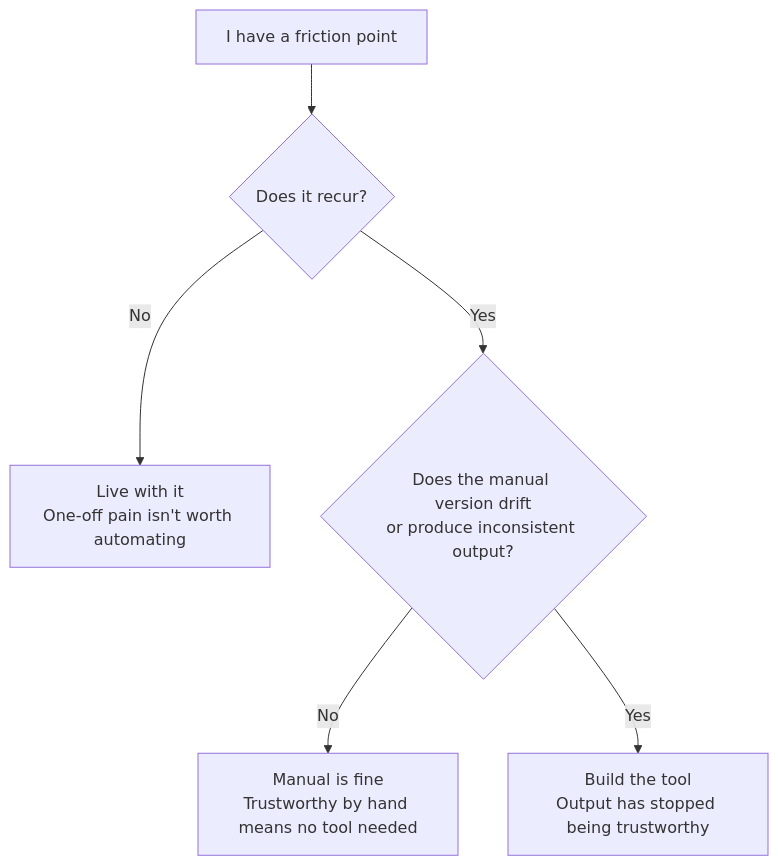
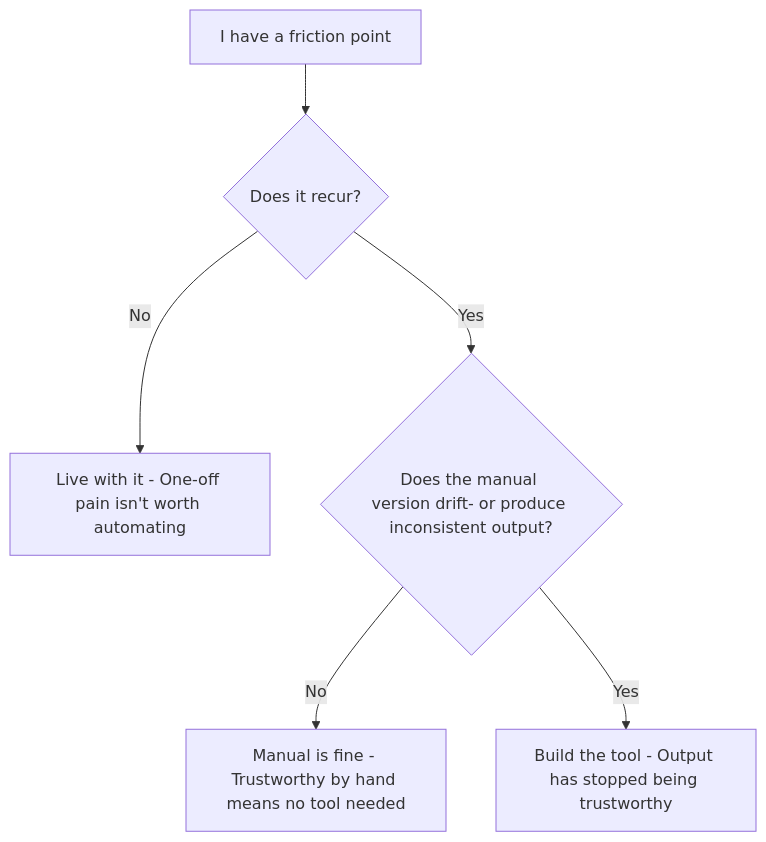
Before and after one commit to hihipy/hihipy.github.io: the diagram in content/obrador/_index.md, drawn with Mermaid.

Commit message:
fix mermaid diagram in obrador

```diff
--- a/content/obrador/_index.md
+++ b/content/obrador/_index.md
@@ -49,8 +49,8 @@
 {{< mermaid >}}
 flowchart TD
     A[I have a friction point] --> B{Does it recur?}
-    B -->|No| C[Live with it<br/>One-off pain isn't worth automating]
-    B -->|Yes| D{Does the manual version drift<br/>or produce inconsistent output?}
-    D -->|No| E[Manual is fine<br/>Trustworthy by hand means no tool needed]
-    D -->|Yes| F[Build the tool<br/>Output has stopped being trustworthy]
+    B -->|No| C[Live with it - One-off pain isn't worth automating]
+    B -->|Yes| D{Does the manual version drift- or produce inconsistent output?}
+    D -->|No| E[Manual is fine - Trustworthy by hand means no tool needed]
+    D -->|Yes| F[Build the tool - Output has stopped being trustworthy]
 {{< /mermaid >}}
```
